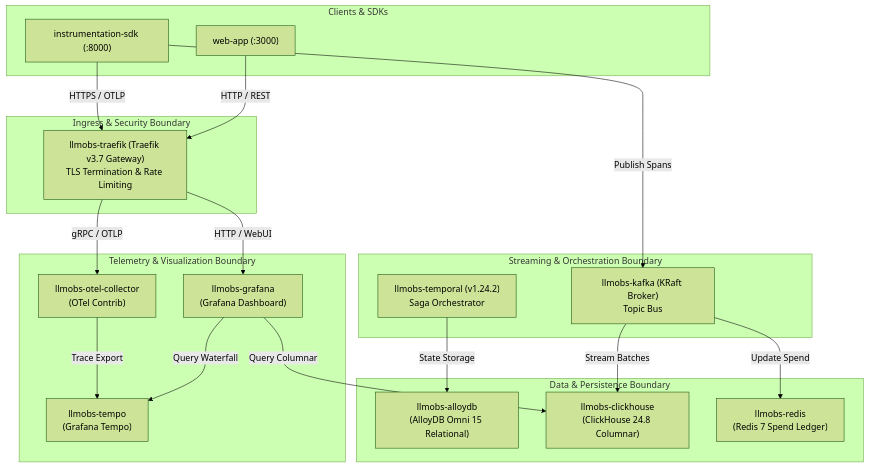
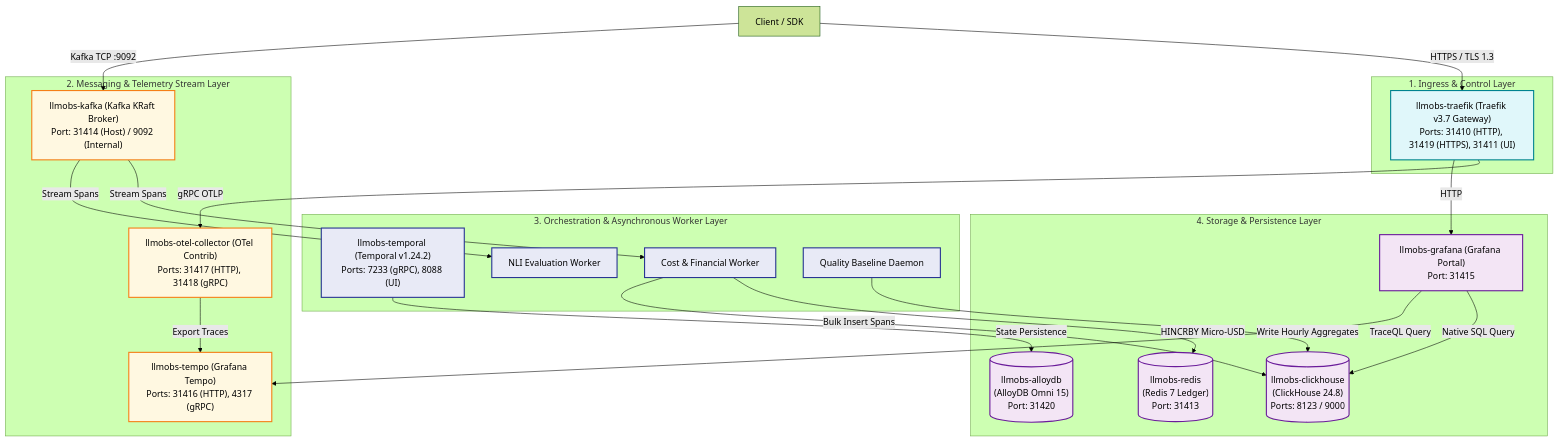
One commit to Chief-Strategist-J/llm-observability-platform changed the second of 4 diagrams in packages/configs/llm-obs-infra/docs/architectureDoc/high-level-design.md. Above: the diagram before and after it, drawn with Mermaid (forest theme). The commit also changed other lines of this file and 2 other files, not shown here.

Commit message:
docs(llm-obs-infra): expand HLD and LLD with in-depth Mermaid class, ER, sequence, flowchart, and state diagrams

````diff
--- a/packages/configs/llm-obs-infra/docs/architectureDoc/high-level-design.md
+++ b/packages/configs/llm-obs-infra/docs/architectureDoc/high-level-design.md
@@ -25,43 +92,47 @@
 ```mermaid
 graph TB
-    subgraph ExternalClients["Clients & SDKs"]
-        FastAPI["instrumentation-sdk (:8000)"]
-        NextApp["web-app (:3000)"]
+    classDef ingress fill:#e0f7fa,stroke:#00838f,stroke-width:2px;
+    classDef service fill:#e8eaf6,stroke:#283593,stroke-width:2px;
+    classDef queue fill:#fff8e1,stroke:#f57f17,stroke-width:2px;
+    classDef storage fill:#f3e5f5,stroke:#6a1b9a,stroke-width:2px;
+
+    subgraph IngressTier ["1. Ingress & Control Layer"]
+        Traefik["llmobs-traefik (Traefik v3.7 Gateway)<br/>Ports: 31410 (HTTP), 31419 (HTTPS), 31411 (UI)"]:::ingress
     end
 
-    subgraph IngressLayer["Ingress & Security Boundary"]
-        Traefik["llmobs-traefik (Traefik v3.7 Gateway)<br/>TLS Termination & Rate Limiting"]
+    subgraph MessagingTier ["2. Messaging & Telemetry Stream Layer"]
+        Kafka["llmobs-kafka (Kafka KRaft Broker)<br/>Port: 31414 (Host) / 9092 (Internal)"]:::queue
+        Otel["llmobs-otel-collector (OTel Contrib)<br/>Ports: 31417 (HTTP), 31418 (gRPC)"]:::queue
+        Tempo["llmobs-tempo (Grafana Tempo)<br/>Ports: 31416 (HTTP), 4317 (gRPC)"]:::queue
     end
 
-    subgraph MessagingLayer["Streaming & Orchestration Boundary"]
-        Kafka["llmobs-kafka (KRaft Broker)<br/>Topic Bus"]
-        Temporal["llmobs-temporal (v1.24.2)<br/>Saga Orchestrator"]
+    subgraph WorkerTier ["3. Orchestration & Asynchronous Worker Layer"]
+        Temporal["llmobs-temporal (Temporal v1.24.2)<br/>Ports: 7233 (gRPC), 8088 (UI)"]:::service
+        CostWorker["Cost & Financial Worker"]:::service
+        NliWorker["NLI Evaluation Worker"]:::service
+        QualityWorker["Quality Baseline Daemon"]:::service
     end
 
-    subgraph StorageLayer["Data & Persistence Boundary"]
-        AlloyDB["llmobs-alloydb<br/>(AlloyDB Omni 15 Relational)"]
-        ClickHouse["llmobs-clickhouse<br/>(ClickHouse 24.8 Columnar)"]
-        Redis["llmobs-redis<br/>(Redis 7 Spend Ledger)"]
+    subgraph DataTier ["4. Storage & Persistence Layer"]
+        AlloyDB[("llmobs-alloydb<br/>(AlloyDB Omni 15)<br/>Port: 31420")]:::storage
+        ClickHouse[("llmobs-clickhouse<br/>(ClickHouse 24.8)<br/>Ports: 8123 / 9000")]:::storage
+        Redis[("llmobs-redis<br/>(Redis 7 Ledger)<br/>Port: 31413")]:::storage
+        Grafana["llmobs-grafana (Grafana Portal)<br/>Port: 31415"]:::storage
     end
 
-    subgraph ObservabilityLayer["Telemetry & Visualization Boundary"]
-        Otel["llmobs-otel-collector<br/>(OTel Contrib)"]
-        Tempo["llmobs-tempo<br/>(Grafana Tempo)"]
-        Grafana["llmobs-grafana<br/>(Grafana Dashboard)"]
-    end
+    Client["Client / SDK"] -->|"HTTPS / TLS 1.3"| Traefik
+    Traefik -->|"gRPC OTLP"| Otel
+    Traefik -->|"HTTP"| Grafana
 
-    FastAPI -->|HTTPS / OTLP| Traefik
-    NextApp -->|HTTP / REST| Traefik
+    Client -->|"Kafka TCP :9092"| Kafka
+    Otel -->|"Export Traces"| Tempo
+    Kafka -->|"Stream Spans"| CostWorker
+    Kafka -->|"Stream Spans"| NliWorker
 
-    Traefik -->|gRPC / OTLP| Otel
-    Traefik -->|HTTP / WebUI| Grafana
-
-    FastAPI -->|Publish Spans| Kafka
-    Kafka -->|Stream Batches| ClickHouse
-    Kafka -->|Update Spend| Redis
-
-    Temporal -->|State Storage| AlloyDB
-    Otel -->|Trace Export| Tempo
-    Grafana -->|Query Columnar| ClickHouse
-    Grafana -->|Query Waterfall| Tempo
+    CostWorker -->|"HINCRBY Micro-USD"| Redis
+    CostWorker -->|"Bulk Insert Spans"| ClickHouse
+    QualityWorker -->|"Write Hourly Aggregates"| ClickHouse
+    Temporal -->|"State Persistence"| AlloyDB
+    Grafana -->|"Native SQL Query"| ClickHouse
+    Grafana -->|"TraceQL Query"| Tempo
 ```
````
